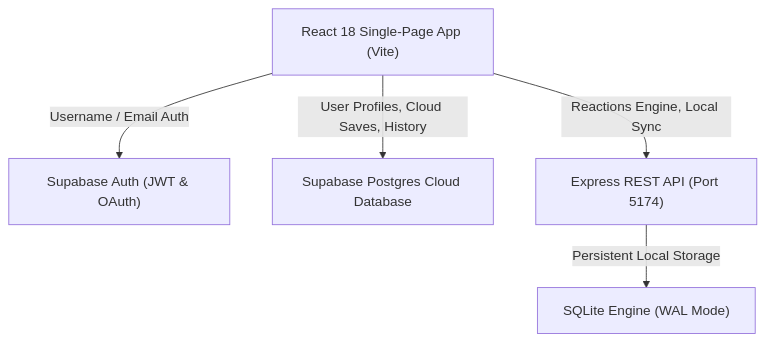
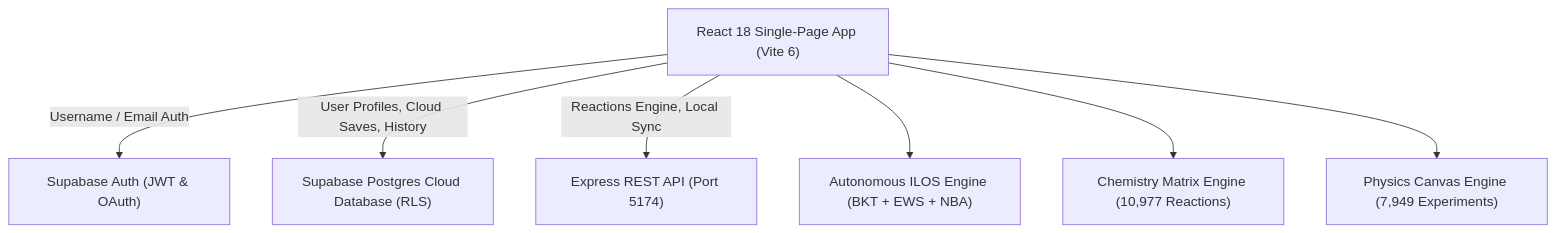
One commit to samuelvinod135-spec/HACKTHON changed the diagram in README.md. Above: the diagram before and after it, drawn with Mermaid. The commit also changed other lines of this file and 1 other file, not shown here.

Commit message:
docs: add comprehensive executive blueprint and update README for LabXplore ILOS

````diff
--- a/README.md
+++ b/README.md
@@ -34,13 +36,17 @@
 ```mermaid
 graph TD
-    Client["React 18 Single-Page App (Vite)"]
+    Client["React 18 Single-Page App (Vite 6)"]
     SupabaseAuth["Supabase Auth (JWT & OAuth)"]
-    SupabaseDB["Supabase Postgres Cloud Database"]
+    SupabaseDB["Supabase Postgres Cloud Database (RLS)"]
     ExpressAPI["Express REST API (Port 5174)"]
-    SQLite["SQLite Engine (WAL Mode)"]
+    CognitiveEngine["Autonomous ILOS Engine (BKT + EWS + NBA)"]
+    ChemEngine["Chemistry Matrix Engine (10,977 Reactions)"]
+    PhysEngine["Physics Canvas Engine (7,949 Experiments)"]
 
     Client -->|Username / Email Auth| SupabaseAuth
     Client -->|User Profiles, Cloud Saves, History| SupabaseDB
     Client -->|Reactions Engine, Local Sync| ExpressAPI
-    ExpressAPI -->|Persistent Local Storage| SQLite
+    Client --> CognitiveEngine
+    Client --> ChemEngine
+    Client --> PhysEngine
 ```
````
